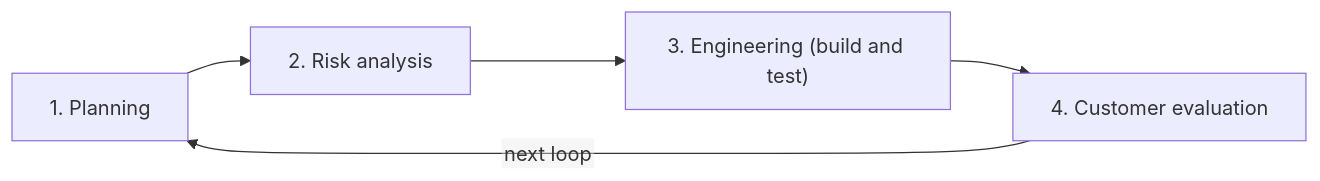
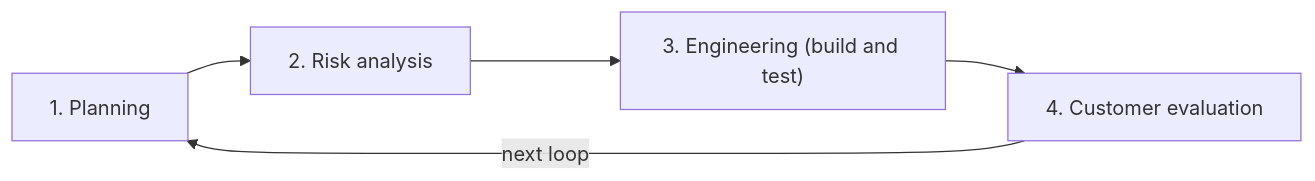
Before and after one commit to Ajay120503/ST_Notes: the seventh of 41 diagrams in README.md, drawn with Mermaid. The commit also changed other lines of this file, not shown here.

````diff
--- a/README.md
+++ b/README.md
@@ -177,6 +171,5 @@
 ```mermaid
-%%{init: {"flowchart": {"htmlLabels": false}}}%%
 flowchart LR
     PL["1. Planning"] --> RA["2. Risk analysis"] --> EN["3. Engineering (build and test)"] --> EV["4. Customer evaluation"]
     EV -->|"next loop"| PL
 ```
````
